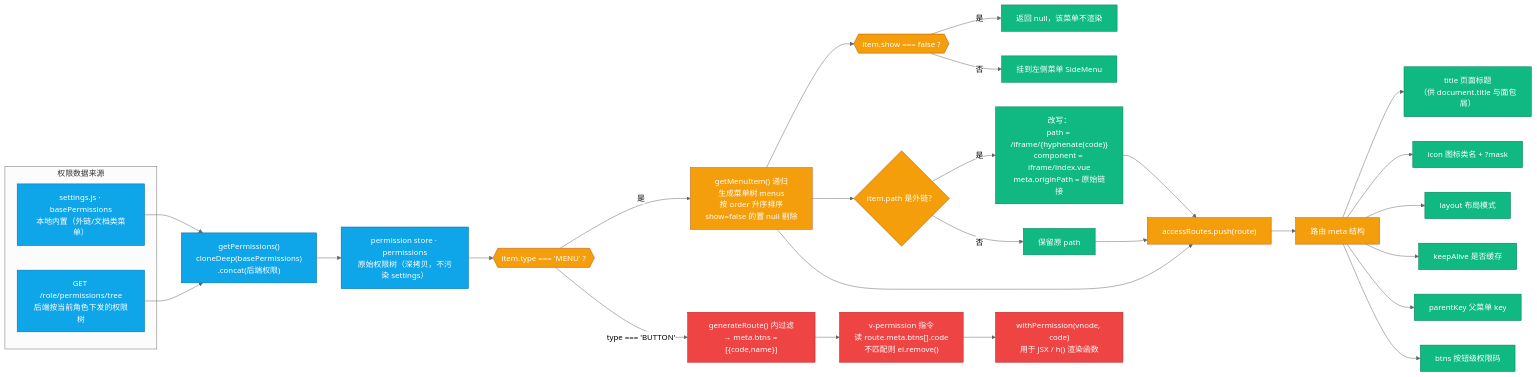
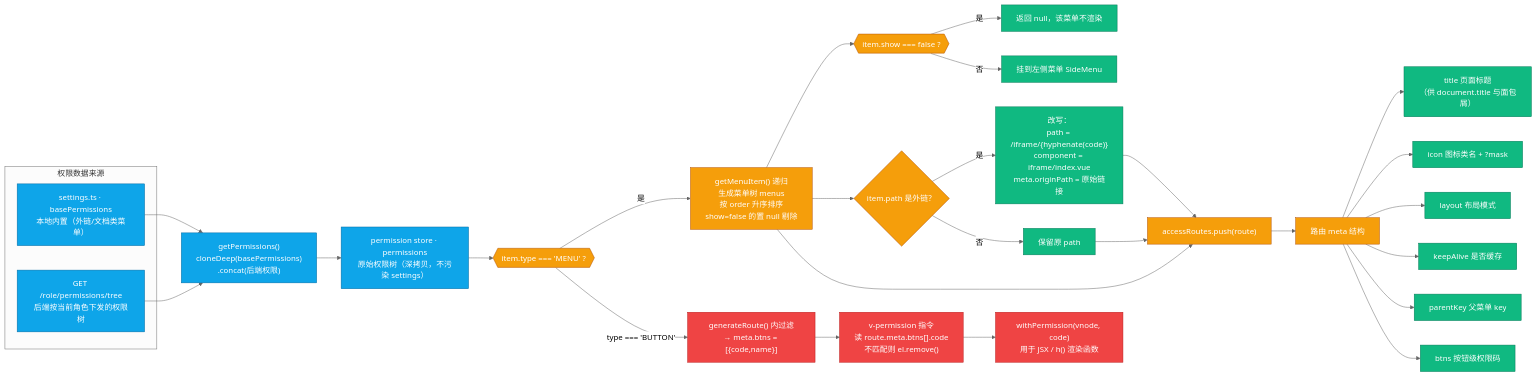
The sixth of 13 diagrams in docs/arch-overview.md (JiaxiLiang/vue-naive-admin), drawn with Mermaid (neutral theme) before and after one commit. The commit also changed other lines of this file and 93 other files, not shown here.

````diff
--- a/docs/arch-overview.md
+++ b/docs/arch-overview.md
@@ -411,46 +411,46 @@
 ```mermaid
 flowchart LR
     subgraph SRC["权限数据来源"]
-        S1["settings.js · basePermissions<br/>本地内置（外链/文档类菜单）"]
+        S1["settings.ts · basePermissions<br/>本地内置（外链/文档类菜单）"]
         S2["GET /role/permissions/tree<br/>后端按当前角色下发的权限树"]
     end
 
     S1 --> MERGE["getPermissions()<br/>cloneDeep(basePermissions)<br/>.concat(后端权限)"]
     S2 --> MERGE
     MERGE --> TREE["permission store · permissions<br/>原始权限树（深拷贝，不污染 settings）"]
 
     TREE --> FILTER{{"item.type === 'MENU' ?"}}
     FILTER -->|"是"| MENUBUILD["getMenuItem() 递归<br/>生成菜单树 menus<br/>按 order 升序排序<br/>show=false 的置 null 剔除"]
     FILTER -->|"type === 'BUTTON'"| BTN["generateRoute() 内过滤<br/>→ meta.btns = [{code,name}]"]
 
     MENUBUILD --> MENUOUT{{"item.show === false ?"}}
     MENUOUT -->|"是"| DROP["返回 null，该菜单不渲染"]
     MENUOUT -->|"否"| MENUOK["挂到左侧菜单 SideMenu"]
     MENUBUILD --> EXTCHK{"item.path 是外链？"}
     EXTCHK -->|"是"| REWRITE["改写：<br/>path = /iframe/{hyphenate(code)}<br/>component = iframe/index.vue<br/>meta.originPath = 原始链接"]
     EXTCHK -->|"否"| PASSTHRU["保留原 path"]
 
     MENUBUILD --> ROUTEBUILD["accessRoutes.push(route)"]
     PASSTHRU --> ROUTEBUILD
     REWRITE --> ROUTEBUILD
 
     ROUTEBUILD --> META["路由 meta 结构"]
     META --> M1["title 页面标题<br/>（供 document.title 与面包屑）"]
     META --> M2["icon 图标类名 + ?mask"]
     META --> M3["layout 布局模式"]
     META --> M4["keepAlive 是否缓存"]
     META --> M5["parentKey 父菜单 key"]
     META --> M6["btns 按钮级权限码"]
 
     BTN --> BTNUSE["v-permission 指令<br/>读 route.meta.btns[].code<br/>不匹配则 el.remove()"]
     BTNUSE --> BTNUSE2["withPermission(vnode, code)<br/>用于 JSX / h() 渲染函数"]
 
     classDef s fill:#0ea5e9,stroke:#0369a1,color:#fff
     classDef p fill:#f59e0b,stroke:#b45309,color:#fff
     classDef m fill:#10b981,stroke:#047857,color:#fff
     classDef b fill:#ef4444,stroke:#b91c1c,color:#fff
     class S1,S2,MERGE,TREE s
     class FILTER,MENUBUILD,EXTCHK,ROUTEBUILD,META,MENUOUT p
     class MENUOK,DROP,REWRITE,PASSTHRU,M1,M2,M3,M4,M5,M6 m
     class BTN,BTNUSE,BTNUSE2 b
 ```
````
